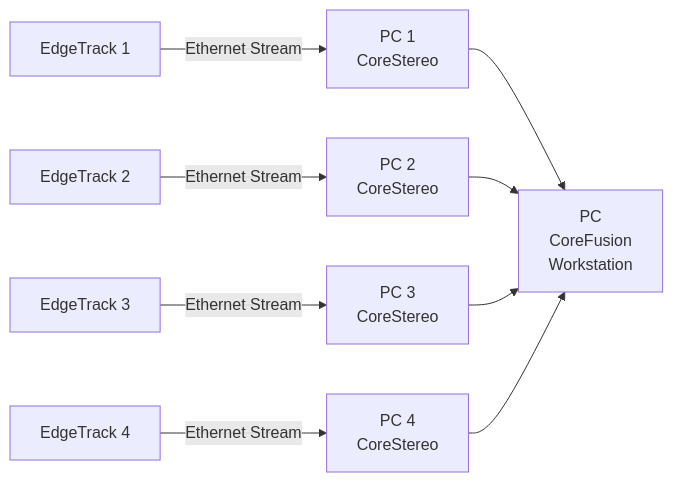
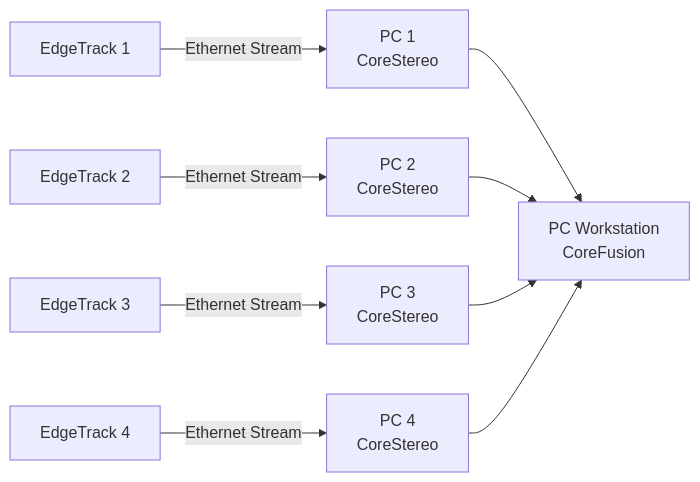
One commit to edgetrackorg/overview changed the fourth of 4 diagrams in README.md. Above: the diagram before and after it, drawn with Mermaid.

````diff
--- a/README.md
+++ b/README.md
@@ -177,12 +177,12 @@
 ```mermaid
 flowchart LR
     E1[EdgeTrack 1] -->|Ethernet Stream| P1[PC 1\nCoreStereo]
     E2[EdgeTrack 2] -->|Ethernet Stream| P2[PC 2\nCoreStereo]
     E3[EdgeTrack 3] -->|Ethernet Stream| P3[PC 3\nCoreStereo]
     E4[EdgeTrack 4] -->|Ethernet Stream| P4[PC 4\nCoreStereo]
 
-    P1 --> F[PC\nCoreFusion\nWorkstation]
+    P1 --> F[PC Workstation\nCoreFusion]
     P2 --> F
     P3 --> F
     P4 --> F
 ```
````
